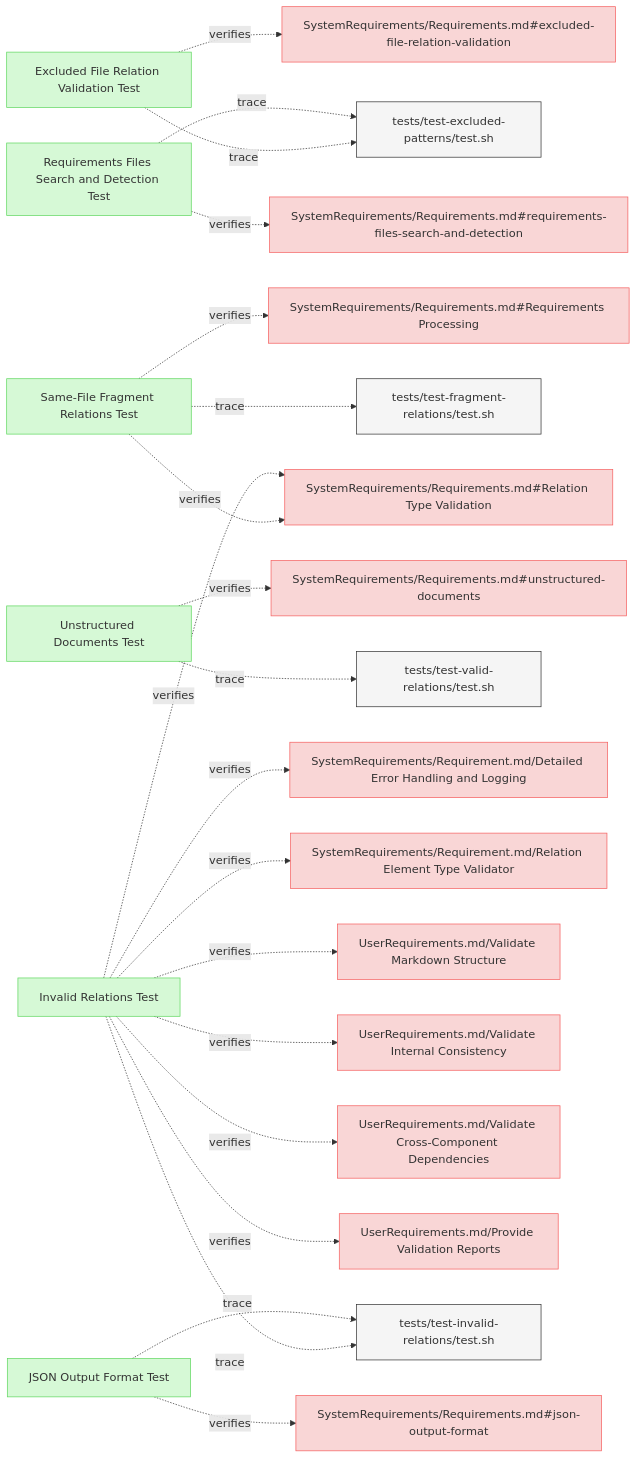
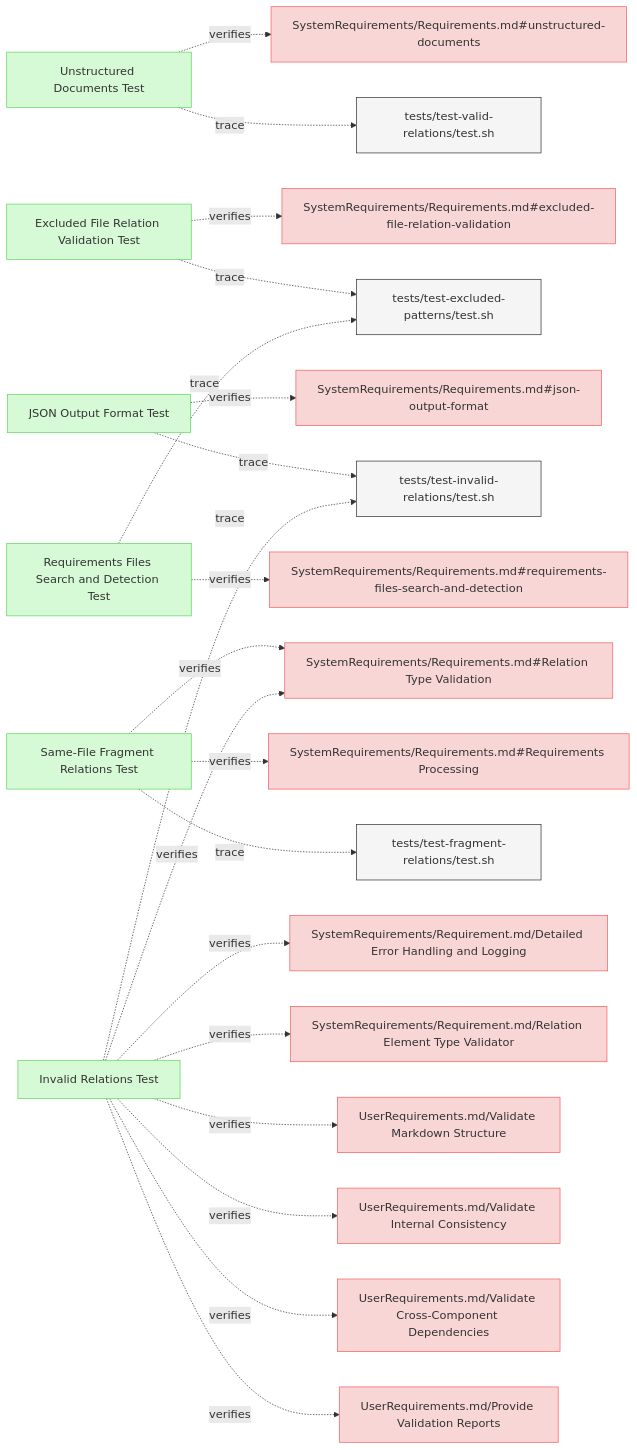
Before and after one commit to reqvire-org/reqvire: the first of 2 diagrams in specifications/Verifications/ValidationTests.md, drawn with Mermaid. The commit also changed 56 other files, not shown here.

````diff
--- a/specifications/Verifications/ValidationTests.md
+++ b/specifications/Verifications/ValidationTests.md
@@ -11,89 +11,89 @@
   classDef externalLink fill:#d0e0ff,stroke:#3080ff,stroke-width:1px;
   classDef default fill:#f5f5f5,stroke:#333333,stroke-width:1px;
 
+  adacd7f753c51b26["Unstructured Documents Test"];
+  click adacd7f753c51b26 "https://github.com/ilijaljubicic/ReqFlow/blob/29a17f176519a28e973567d4102beb95f41075ed/specifications/Verifications/ValidationTests.md#unstructured-documents-test";
+  class adacd7f753c51b26 verification;
+  5a1719a2649b9922["SystemRequirements/Requirements.md#unstructured-documents"];
+  class 5a1719a2649b9922 requirement;
+  click 5a1719a2649b9922 "https://github.com/ilijaljubicic/ReqFlow/blob/29a17f176519a28e973567d4102beb95f41075ed/specifications/SystemRequirements/Requirements.md#unstructured-documents";
+  adacd7f753c51b26 -.->|verifies| 5a1719a2649b9922;
+  eb7d924dd7a53c67["tests/test-valid-relations/test.sh"];
+  class eb7d924dd7a53c67 default;
+  click eb7d924dd7a53c67 "https://github.com/ilijaljubicic/ReqFlow/blob/29a17f176519a28e973567d4102beb95f41075ed/tests/test-valid-relations/test.sh";
+  adacd7f753c51b26 -.->|trace| eb7d924dd7a53c67;
   ca085e075bbce0cc["Excluded File Relation Validation Test"];
-  click ca085e075bbce0cc "https://github.com/ilijaljubicic/ReqFlow/blob/a94231473c9a4a56fe21608ebd13787e0cc3f2dc/specifications/Verifications/ValidationTests.md#excluded-file-relation-validation-test";
+  click ca085e075bbce0cc "https://github.com/ilijaljubicic/ReqFlow/blob/29a17f176519a28e973567d4102beb95f41075ed/specifications/Verifications/ValidationTests.md#excluded-file-relation-validation-test";
   class ca085e075bbce0cc verification;
   c5c85bedd1cf11e6["SystemRequirements/Requirements.md#excluded-file-relation-validation"];
   class c5c85bedd1cf11e6 requirement;
-  click c5c85bedd1cf11e6 "https://github.com/ilijaljubicic/ReqFlow/blob/a94231473c9a4a56fe21608ebd13787e0cc3f2dc/specifications/SystemRequirements/Requirements.md#excluded-file-relation-validation";
+  click c5c85bedd1cf11e6 "https://github.com/ilijaljubicic/ReqFlow/blob/29a17f176519a28e973567d4102beb95f41075ed/specifications/SystemRequirements/Requirements.md#excluded-file-relation-validation";
   ca085e075bbce0cc -.->|verifies| c5c85bedd1cf11e6;
   79ca606f26bdd145["tests/test-excluded-patterns/test.sh"];
   class 79ca606f26bdd145 default;
-  click 79ca606f26bdd145 "https://github.com/ilijaljubicic/ReqFlow/blob/a94231473c9a4a56fe21608ebd13787e0cc3f2dc/tests/test-excluded-patterns/test.sh";
+  click 79ca606f26bdd145 "https://github.com/ilijaljubicic/ReqFlow/blob/29a17f176519a28e973567d4102beb95f41075ed/tests/test-excluded-patterns/test.sh";
   ca085e075bbce0cc -.->|trace| 79ca606f26bdd145;
+  20da68187f546235["JSON Output Format Test"];
+  click 20da68187f546235 "https://github.com/ilijaljubicic/ReqFlow/blob/29a17f176519a28e973567d4102beb95f41075ed/specifications/Verifications/ValidationTests.md#json-output-format-test";
+  class 20da68187f546235 verification;
+  5ec6a2668bddf0e["SystemRequirements/Requirements.md#json-output-format"];
+  class 5ec6a2668bddf0e requirement;
+  click 5ec6a2668bddf0e "https://github.com/ilijaljubicic/ReqFlow/blob/29a17f176519a28e973567d4102beb95f41075ed/specifications/SystemRequirements/Requirements.md#json-output-format";
+  20da68187f546235 -.->|verifies| 5ec6a2668bddf0e;
+  c86fd6ece7a8668a["tests/test-invalid-relations/test.sh"];
+  class c86fd6ece7a8668a default;
+  click c86fd6ece7a8668a "https://github.com/ilijaljubicic/ReqFlow/blob/29a17f176519a28e973567d4102beb95f41075ed/tests/test-invalid-relations/test.sh";
+  20da68187f546235 -.->|trace| c86fd6ece7a8668a;
+  a137be8592e82aff["Requirements Files Search and Detection Test"];
+  click a137be8592e82aff "https://github.com/ilijaljubicic/ReqFlow/blob/29a17f176519a28e973567d4102beb95f41075ed/specifications/Verifications/ValidationTests.md#requirements-files-search-and-detection-test";
+  class a137be8592e82aff verification;
+  2737f2d770aa0757["SystemRequirements/Requirements.md#requirements-files-search-and-detection"];
+  class 2737f2d770aa0757 requirement;
+  click 2737f2d770aa0757 "https://github.com/ilijaljubicic/ReqFlow/blob/29a17f176519a28e973567d4102beb95f41075ed/specifications/SystemRequirements/Requirements.md#requirements-files-search-and-detection";
+  a137be8592e82aff -.->|verifies| 2737f2d770aa0757;
+  a137be8592e82aff -.->|trace| 79ca606f26bdd145;
   81fcf8160ea0df81["Same-File Fragment Relations Test"];
-  click 81fcf8160ea0df81 "https://github.com/ilijaljubicic/ReqFlow/blob/a94231473c9a4a56fe21608ebd13787e0cc3f2dc/specifications/Verifications/ValidationTests.md#same-file-fragment-relations-test";
+  click 81fcf8160ea0df81 "https://github.com/ilijaljubicic/ReqFlow/blob/29a17f176519a28e973567d4102beb95f41075ed/specifications/Verifications/ValidationTests.md#same-file-fragment-relations-test";
   class 81fcf8160ea0df81 verification;
   5870488e00ee4f36["SystemRequirements/Requirements.md#Relation Type Validation"];
   class 5870488e00ee4f36 requirement;
-  click 5870488e00ee4f36 "https://github.com/ilijaljubicic/ReqFlow/blob/a94231473c9a4a56fe21608ebd13787e0cc3f2dc/specifications/SystemRequirements/Requirements.md#relation-type-validation";
+  click 5870488e00ee4f36 "https://github.com/ilijaljubicic/ReqFlow/blob/29a17f176519a28e973567d4102beb95f41075ed/specifications/SystemRequirements/Requirements.md#relation-type-validation";
   81fcf8160ea0df81 -.->|verifies| 5870488e00ee4f36;
   99bed90a0d96a1d2["SystemRequirements/Requirements.md#Requirements Processing"];
   class 99bed90a0d96a1d2 requirement;
-  click 99bed90a0d96a1d2 "https://github.com/ilijaljubicic/ReqFlow/blob/a94231473c9a4a56fe21608ebd13787e0cc3f2dc/specifications/SystemRequirements/Requirements.md#requirements-processing";
+  click 99bed90a0d96a1d2 "https://github.com/ilijaljubicic/ReqFlow/blob/29a17f176519a28e973567d4102beb95f41075ed/specifications/SystemRequirements/Requirements.md#requirements-processing";
   81fcf8160ea0df81 -.->|verifies| 99bed90a0d96a1d2;
   378d6845d49fb198["tests/test-fragment-relations/test.sh"];
   class 378d6845d49fb198 default;
-  click 378d6845d49fb198 "https://github.com/ilijaljubicic/ReqFlow/blob/a94231473c9a4a56fe21608ebd13787e0cc3f2dc/tests/test-fragment-relations/test.sh";
+  click 378d6845d49fb198 "https://github.com/ilijaljubicic/ReqFlow/blob/29a17f176519a28e973567d4102beb95f41075ed/tests/test-fragment-relations/test.sh";
   81fcf8160ea0df81 -.->|trace| 378d6845d49fb198;
-  adacd7f753c51b26["Unstructured Documents Test"];
-  click adacd7f753c51b26 "https://github.com/ilijaljubicic/ReqFlow/blob/a94231473c9a4a56fe21608ebd13787e0cc3f2dc/specifications/Verifications/ValidationTests.md#unstructured-documents-test";
-  class adacd7f753c51b26 verification;
-  5a1719a2649b9922["SystemRequirements/Requirements.md#unstructured-documents"];
-  class 5a1719a2649b9922 requirement;
-  click 5a1719a2649b9922 "https://github.com/ilijaljubicic/ReqFlow/blob/a94231473c9a4a56fe21608ebd13787e0cc3f2dc/specifications/SystemRequirements/Requirements.md#unstructured-documents";
-  adacd7f753c51b26 -.->|verifies| 5a1719a2649b9922;
-  eb7d924dd7a53c67["tests/test-valid-relations/test.sh"];
-  class eb7d924dd7a53c67 default;
-  click eb7d924dd7a53c67 "https://github.com/ilijaljubicic/ReqFlow/blob/a94231473c9a4a56fe21608ebd13787e0cc3f2dc/tests/test-valid-relations/test.sh";
-  adacd7f753c51b26 -.->|trace| eb7d924dd7a53c67;
-  a137be8592e82aff["Requirements Files Search and Detection Test"];
-  click a137be8592e82aff "https://github.com/ilijaljubicic/ReqFlow/blob/a94231473c9a4a56fe21608ebd13787e0cc3f2dc/specifications/Verifications/ValidationTests.md#requirements-files-search-and-detection-test";
-  class a137be8592e82aff verification;
-  2737f2d770aa0757["SystemRequirements/Requirements.md#requirements-files-search-and-detection"];
-  class 2737f2d770aa0757 requirement;
-  click 2737f2d770aa0757 "https://github.com/ilijaljubicic/ReqFlow/blob/a94231473c9a4a56fe21608ebd13787e0cc3f2dc/specifications/SystemRequirements/Requirements.md#requirements-files-search-and-detection";
-  a137be8592e82aff -.->|verifies| 2737f2d770aa0757;
-  a137be8592e82aff -.->|trace| 79ca606f26bdd145;
   fbf9362574b057dd["Invalid Relations Test"];
-  click fbf9362574b057dd "https://github.com/ilijaljubicic/ReqFlow/blob/a94231473c9a4a56fe21608ebd13787e0cc3f2dc/specifications/Verifications/ValidationTests.md#invalid-relations-test";
+  click fbf9362574b057dd "https://github.com/ilijaljubicic/ReqFlow/blob/29a17f176519a28e973567d4102beb95f41075ed/specifications/Verifications/ValidationTests.md#invalid-relations-test";
   class fbf9362574b057dd verification;
   bdfd9d65e46117e7["SystemRequirements/Requirement.md/Detailed Error Handling and Logging"];
   class bdfd9d65e46117e7 requirement;
-  click bdfd9d65e46117e7 "https://github.com/ilijaljubicic/ReqFlow/blob/a94231473c9a4a56fe21608ebd13787e0cc3f2dc/specifications/SystemRequirements/Requirements.md#detailed-error-handling-and-logging";
+  click bdfd9d65e46117e7 "https://github.com/ilijaljubicic/ReqFlow/blob/29a17f176519a28e973567d4102beb95f41075ed/specifications/SystemRequirements/Requirements.md#detailed-error-handling-and-logging";
   fbf9362574b057dd -.->|verifies| bdfd9d65e46117e7;
   fbf9362574b057dd -.->|verifies| 5870488e00ee4f36;
   212d1317cd2b25fc["SystemRequirements/Requirement.md/Relation Element Type Validator"];
   class 212d1317cd2b25fc requirement;
-  click 212d1317cd2b25fc "https://github.com/ilijaljubicic/ReqFlow/blob/a94231473c9a4a56fe21608ebd13787e0cc3f2dc/specifications/SystemRequirements/Requirements.md#relation-element-type-validator";
+  click 212d1317cd2b25fc "https://github.com/ilijaljubicic/ReqFlow/blob/29a17f176519a28e973567d4102beb95f41075ed/specifications/SystemRequirements/Requirements.md#relation-element-type-validator";
   fbf9362574b057dd -.->|verifies| 212d1317cd2b25fc;
   7b1772417b3ad5e["UserRequirements.md/Validate Markdown Structure"];
   class 7b1772417b3ad5e requirement;
-  click 7b1772417b3ad5e "https://github.com/ilijaljubicic/ReqFlow/blob/a94231473c9a4a56fe21608ebd13787e0cc3f2dc/specifications/UserRequirements.md#validate-markdown-structure";
+  click 7b1772417b3ad5e "https://github.com/ilijaljubicic/ReqFlow/blob/29a17f176519a28e973567d4102beb95f41075ed/specifications/UserRequirements.md#validate-markdown-structure";
   fbf9362574b057dd -.->|verifies| 7b1772417b3ad5e;
   9e524ac696c43a26["UserRequirements.md/Validate Internal Consistency"];
   class 9e524ac696c43a26 requirement;
-  click 9e524ac696c43a26 "https://github.com/ilijaljubicic/ReqFlow/blob/a94231473c9a4a56fe21608ebd13787e0cc3f2dc/specifications/UserRequirements.md#validate-internal-consistency";
+  click 9e524ac696c43a26 "https://github.com/ilijaljubicic/ReqFlow/blob/29a17f176519a28e973567d4102beb95f41075ed/specifications/UserRequirements.md#validate-internal-consistency";
   fbf9362574b057dd -.->|verifies| 9e524ac696c43a26;
   6e40bf9f83a718fa["UserRequirements.md/Validate Cross-Component Dependencies"];
   class 6e40bf9f83a718fa requirement;
-  click 6e40bf9f83a718fa "https://github.com/ilijaljubicic/ReqFlow/blob/a94231473c9a4a56fe21608ebd13787e0cc3f2dc/specifications/UserRequirements.md#validate-cross-component-dependencies";
+  click 6e40bf9f83a718fa "https://github.com/ilijaljubicic/ReqFlow/blob/29a17f176519a28e973567d4102beb95f41075ed/specifications/UserRequirements.md#validate-cross-component-dependencies";
   fbf9362574b057dd -.->|verifies| 6e40bf9f83a718fa;
   482c757913204fb8["UserRequirements.md/Provide Validation Reports"];
   class 482c757913204fb8 requirement;
-  click 482c757913204fb8 "https://github.com/ilijaljubicic/ReqFlow/blob/a94231473c9a4a56fe21608ebd13787e0cc3f2dc/specifications/UserRequirements.md#provide-validation-reports";
+  click 482c757913204fb8 "https://github.com/ilijaljubicic/ReqFlow/blob/29a17f176519a28e973567d4102beb95f41075ed/specifications/UserRequirements.md#provide-validation-reports";
   fbf9362574b057dd -.->|verifies| 482c757913204fb8;
-  c86fd6ece7a8668a["tests/test-invalid-relations/test.sh"];
-  class c86fd6ece7a8668a default;
-  click c86fd6ece7a8668a "https://github.com/ilijaljubicic/ReqFlow/blob/a94231473c9a4a56fe21608ebd13787e0cc3f2dc/tests/test-invalid-relations/test.sh";
   fbf9362574b057dd -.->|trace| c86fd6ece7a8668a;
-  20da68187f546235["JSON Output Format Test"];
-  click 20da68187f546235 "https://github.com/ilijaljubicic/ReqFlow/blob/a94231473c9a4a56fe21608ebd13787e0cc3f2dc/specifications/Verifications/ValidationTests.md#json-output-format-test";
-  class 20da68187f546235 verification;
-  5ec6a2668bddf0e["SystemRequirements/Requirements.md#json-output-format"];
-  class 5ec6a2668bddf0e requirement;
-  click 5ec6a2668bddf0e "https://github.com/ilijaljubicic/ReqFlow/blob/a94231473c9a4a56fe21608ebd13787e0cc3f2dc/specifications/SystemRequirements/Requirements.md#json-output-format";
-  20da68187f546235 -.->|verifies| 5ec6a2668bddf0e;
-  20da68187f546235 -.->|trace| c86fd6ece7a8668a;
 ```
````
